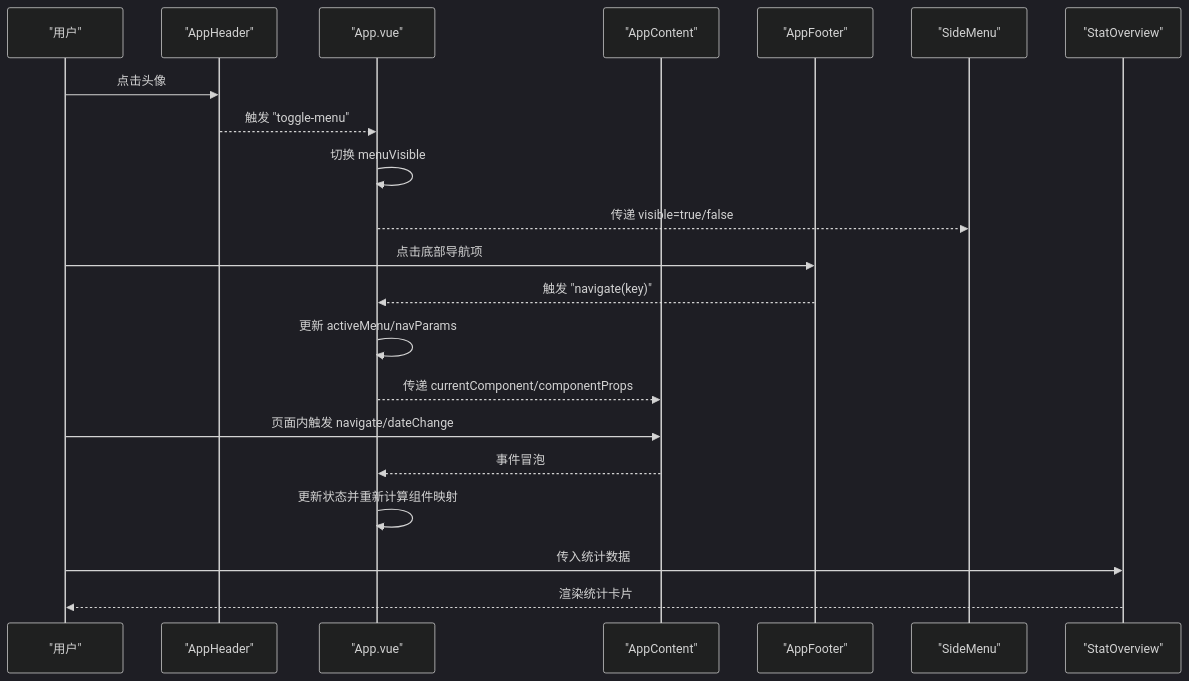
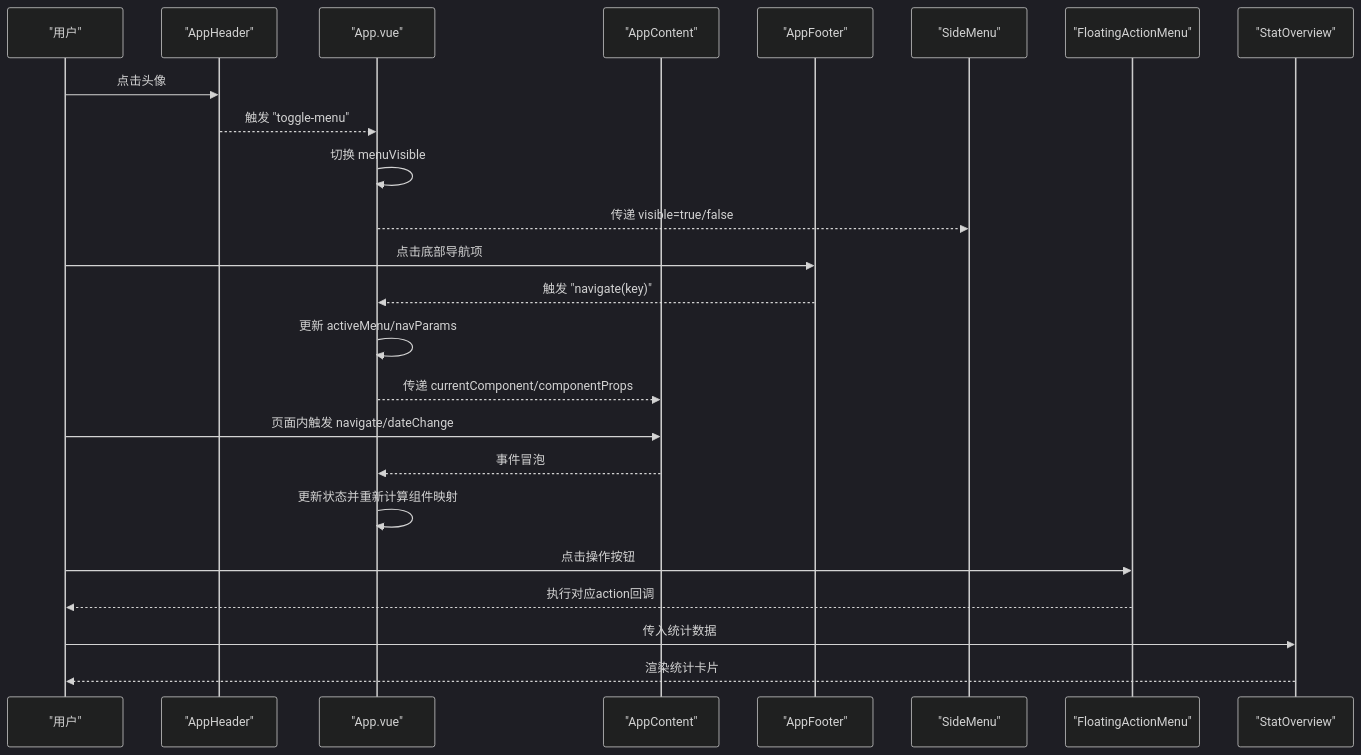
The second of 13 diagrams in .qoder/repowiki/zh/content/UI组件/UI组件.md (xiao-lin-unit/yuan), drawn with Mermaid (dark theme) before and after one commit. The commit also changed other lines of this file and 13 other files, not shown here.

````diff
--- a/.qoder/repowiki/zh/content/UI组件/UI组件.md
+++ b/.qoder/repowiki/zh/content/UI组件/UI组件.md
@@ -201,23 +214,26 @@
 ```mermaid
 sequenceDiagram
 participant U as "用户"
 participant AH as "AppHeader"
 participant APP as "App.vue"
 participant AC as "AppContent"
 participant AF as "AppFooter"
 participant SM as "SideMenu"
+participant FAM as "FloatingActionMenu"
 participant SO as "StatOverview"
 U->>AH : 点击头像
 AH-->>APP : 触发 "toggle-menu"
 APP->>APP : 切换 menuVisible
 APP-->>SM : 传递 visible=true/false
 U->>AF : 点击底部导航项
 AF-->>APP : 触发 "navigate(key)"
 APP->>APP : 更新 activeMenu/navParams
 APP-->>AC : 传递 currentComponent/componentProps
 U->>AC : 页面内触发 navigate/dateChange
 AC-->>APP : 事件冒泡
 APP->>APP : 更新状态并重新计算组件映射
+U->>FAM : 点击操作按钮
+FAM-->>U : 执行对应action回调
 U->>SO : 传入统计数据
 SO-->>U : 渲染统计卡片
 ```
````
